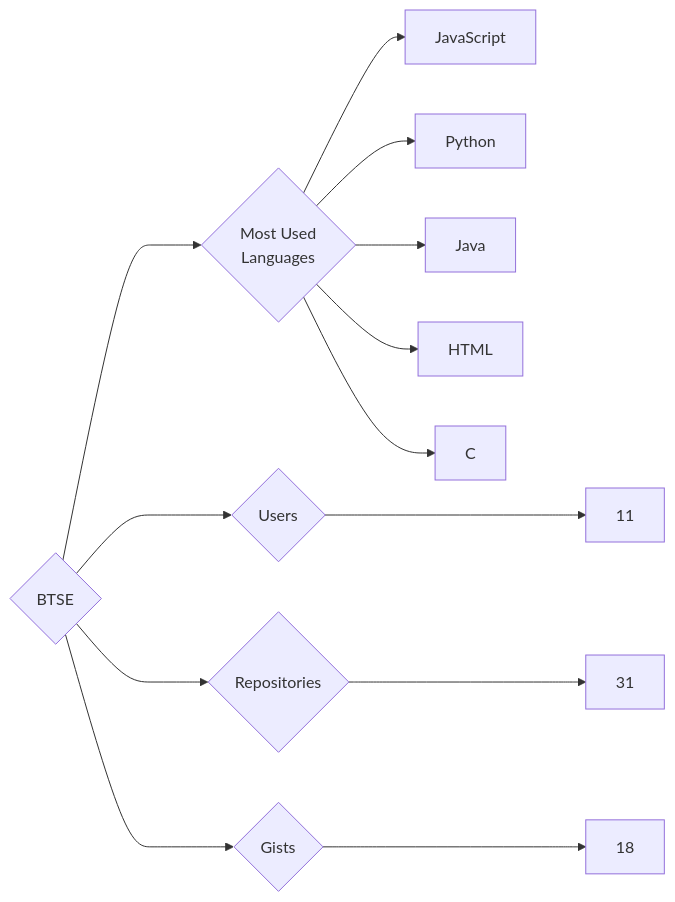
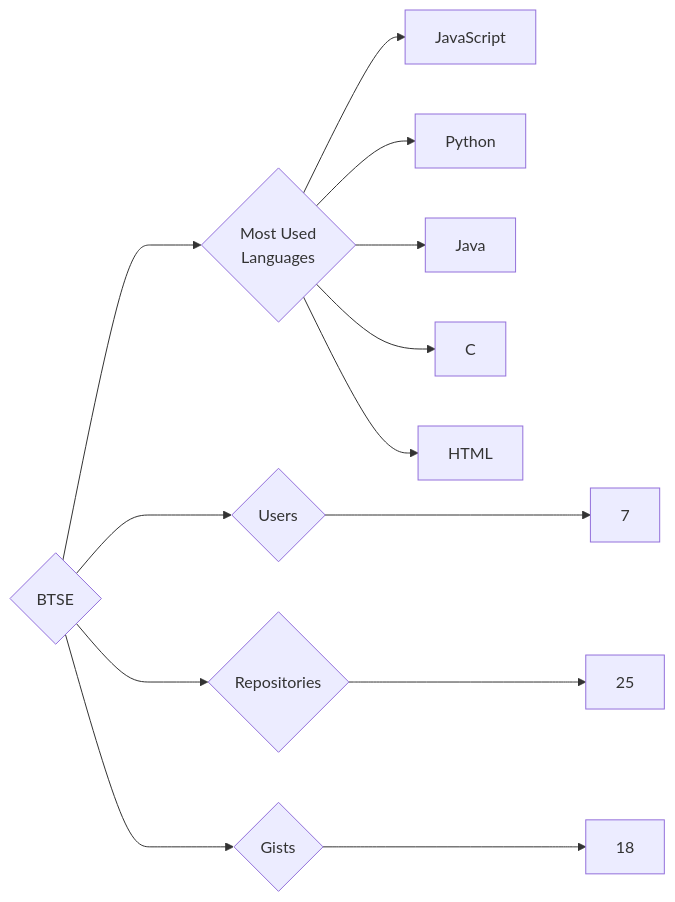
One commit to trickest/insiders changed the diagram in targets/BTSE/README.md. Above: the diagram before and after it, drawn with Mermaid. The commit also changed 997 other files, not shown here.

````diff
--- a/targets/BTSE/README.md
+++ b/targets/BTSE/README.md
@@ -3,13 +3,13 @@
 ```mermaid
 graph LR
 COMPANY_NAME{BTSE}
-COMPANY_NAME ---> U{Users} ---> UN[11]
-COMPANY_NAME ---> R{Repositories} ---> RN[31]
+COMPANY_NAME ---> U{Users} ---> UN[7]
+COMPANY_NAME ---> R{Repositories} ---> RN[25]
 COMPANY_NAME ---> G{Gists} ---> GN[18]
 COMPANY_NAME ---> ML{Most Used<br>Languages}
 ML --> JavaScript[JavaScript]
 ML --> Python[Python]
 ML --> Java[Java]
+ML --> C[C]
 ML --> HTML[HTML]
-ML --> C[C]
 ```
````
